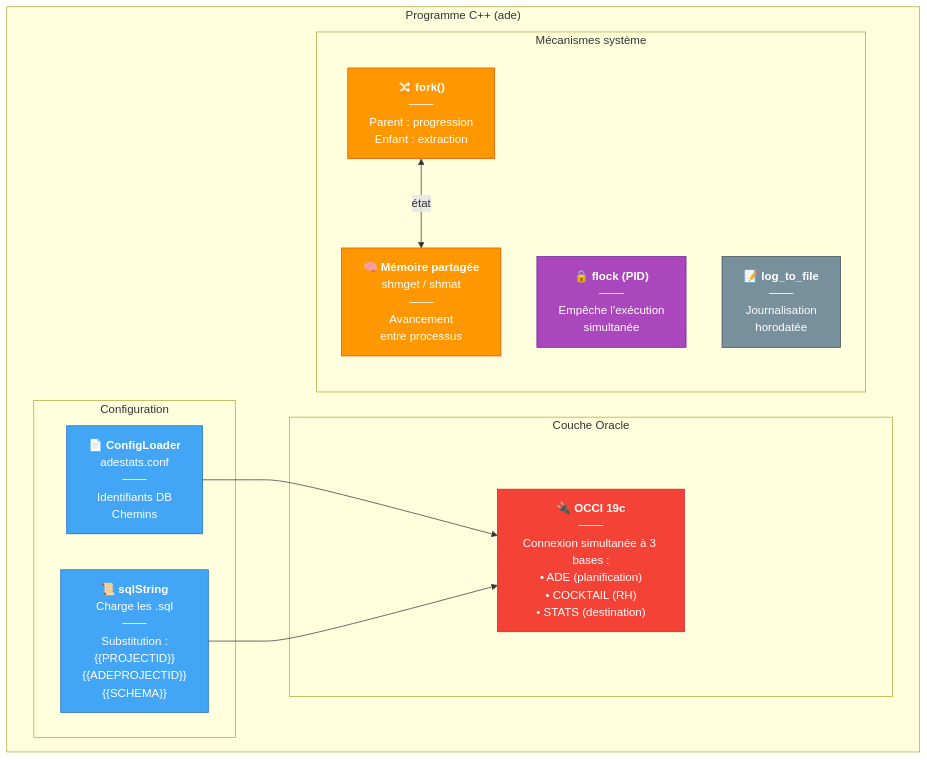
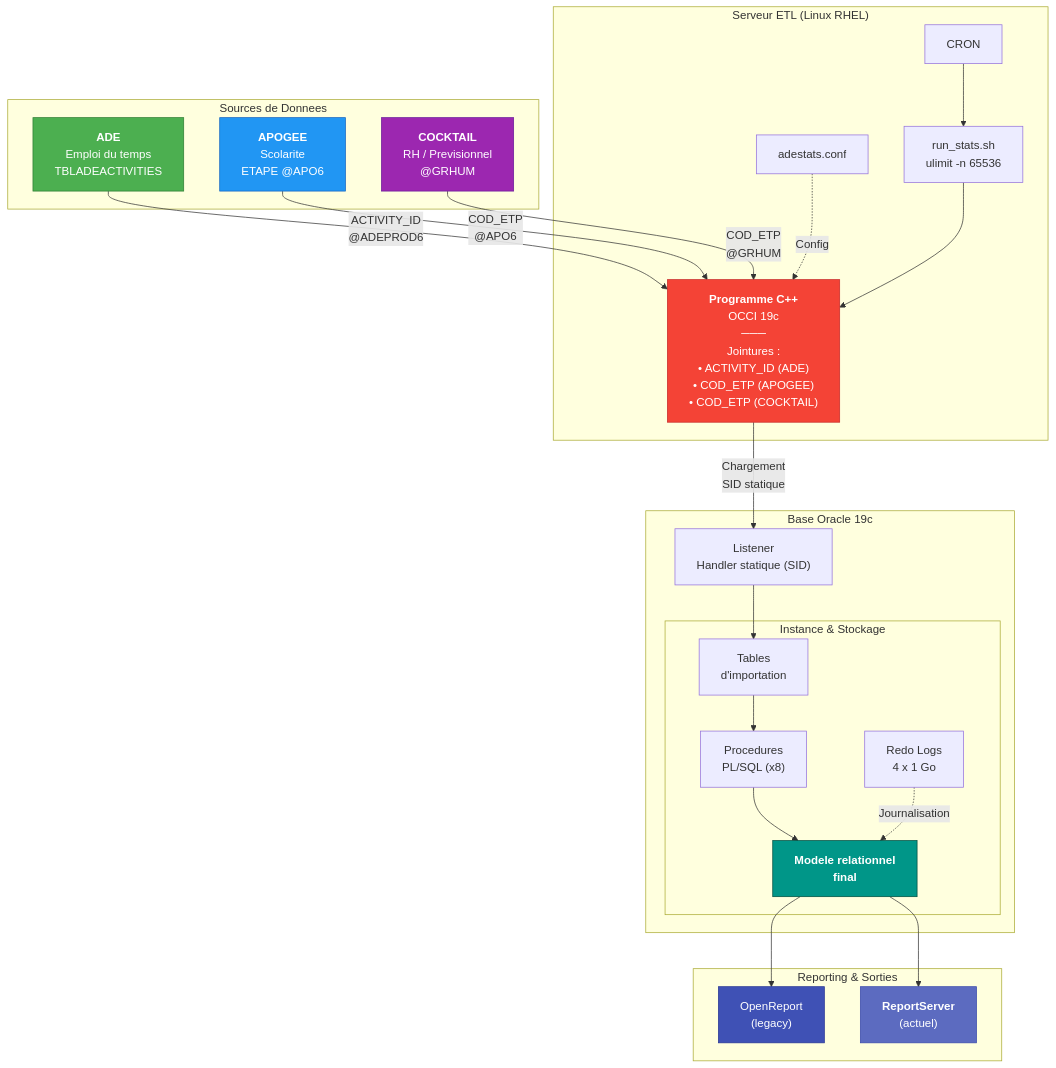
One commit to gpilliat/adestats-documentation changed the first of 2 diagrams in architecture/programme-cpp.md. Above: the diagram before and after it, drawn with Mermaid.

````diff
--- a/architecture/programme-cpp.md
+++ b/architecture/programme-cpp.md
@@ -16,34 +16,57 @@
 ```mermaid
-graph TB
-    subgraph PROGRAMME["Programme C++ (ade)"]
-
-        subgraph CONFIG["Configuration"]
-            CL["📄 <b>ConfigLoader</b><br/>adestats.conf<br/>───<br/>Identifiants DB<br/>Chemins"]
-            SQL["📜 <b>sqlString</b><br/>Charge les .sql<br/>───<br/>Substitution :<br/>{{PROJECTID}}<br/>{{ADEPROJECTID}}<br/>{{SCHEMA}}"]
-        end
-
-        subgraph ORACLE_LAYER["Couche Oracle"]
-            OCCI["🔌 <b>OCCI 19c</b><br/>───<br/>Connexion simultanée à 3 bases :<br/>• ADE (planification)<br/>• COCKTAIL (RH)<br/>• STATS (destination)"]
-        end
-
-        subgraph SYSTEME["Mécanismes système"]
-            FORK["🔀 <b>fork()</b><br/>───<br/>Parent : progression<br/>Enfant : extraction"]
-            SHM["🧠 <b>Mémoire partagée</b><br/>shmget / shmat<br/>───<br/>Avancement<br/>entre processus"]
-            FLOCK["🔒 <b>flock (PID)</b><br/>───<br/>Empêche l'exécution<br/>simultanée"]
-            LOG["📝 <b>log_to_file</b><br/>───<br/>Journalisation<br/>horodatée"]
-        end
-
+graph TD
+    subgraph SOURCES["Sources de Donnees"]
+        ADE["<b>ADE</b><br/>Emploi du temps<br/>TBLADEACTIVITIES"]
+        APO["<b>APOGEE</b><br/>Scolarite<br/>ETAPE @APO6"]
+        CKT["<b>COCKTAIL</b><br/>RH / Previsionnel<br/>@GRHUM"]
     end
 
-    CL --> OCCI
-    SQL --> OCCI
-    FORK <-->|"état"| SHM
+    subgraph ETL["Serveur ETL (Linux RHEL)"]
+        CRON["CRON"]
+        WRAP["run_stats.sh<br/>ulimit -n 65536"]
+        CONF["adestats.conf"]
+        CPP["<b>Programme C++</b><br/>OCCI 19c<br/>───<br/>Jointures :<br/>• ACTIVITY_ID (ADE)<br/>• COD_ETP (APOGEE)<br/>• COD_ETP (COCKTAIL)"]
+    end
 
-    style CL fill:#42A5F5,stroke:#1565C0,color:#fff
-    style SQL fill:#42A5F5,stroke:#1565C0,color:#fff
-    style OCCI fill:#F44336,stroke:#C62828,color:#fff
-    style FORK fill:#FF9800,stroke:#E65100,color:#fff
-    style SHM fill:#FF9800,stroke:#E65100,color:#fff
-    style FLOCK fill:#AB47BC,stroke:#6A1B9A,color:#fff
-    style LOG fill:#78909C,stroke:#37474F,color:#fff
+    subgraph ORACLE["Base Oracle 19c"]
+        LISTENER["Listener<br/>Handler statique (SID)"]
+
+        subgraph INSTANCE["Instance & Stockage"]
+            IMPORT["Tables<br/>d'importation"]
+            PLSQL["Procedures<br/>PL/SQL (x8)"]
+            REDO["Redo Logs<br/>4 x 1 Go"]
+            MODEL["<b>Modele relationnel<br/>final</b>"]
+        end
+    end
+
+    subgraph REPORT["Reporting & Sorties"]
+        OR["OpenReport<br/>(legacy)"]
+        RS["<b>ReportServer</b><br/>(actuel)"]
+    end
+
+    ADE -->|"ACTIVITY_ID<br/>@ADEPROD6"| CPP
+    APO -->|"COD_ETP<br/>@APO6"| CPP
+    CKT -->|"COD_ETP<br/>@GRHUM"| CPP
+
+    CRON --> WRAP
+    CONF -.->|"Config"| CPP
+    WRAP --> CPP
+
+    CPP -->|"Chargement<br/>SID statique"| LISTENER
+    LISTENER --> IMPORT
+    IMPORT --> PLSQL
+    PLSQL --> MODEL
+    REDO -.->|"Journalisation"| MODEL
+
+    MODEL --> OR
+    MODEL --> RS
+
+    style ADE fill:#4CAF50,stroke:#2E7D32,color:#fff
+    style APO fill:#2196F3,stroke:#1565C0,color:#fff
+    style CKT fill:#9C27B0,stroke:#6A1B9A,color:#fff
+    style CPP fill:#F44336,stroke:#C62828,color:#fff
+    style MODEL fill:#009688,stroke:#004D40,color:#fff
+    style RS fill:#5C6BC0,stroke:#3949AB,color:#fff
+    style OR fill:#3F51B5,stroke:#283593,color:#fff
+
 ```
````
